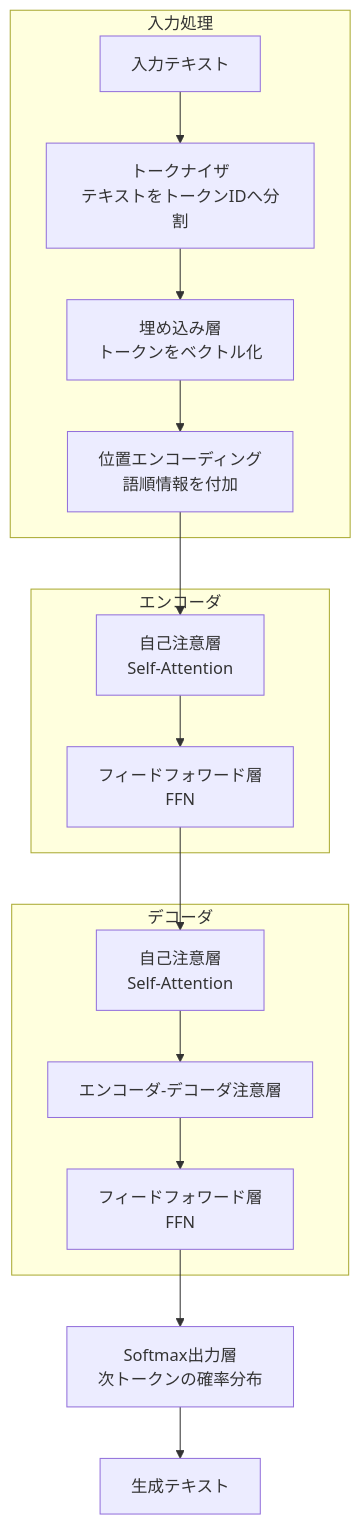
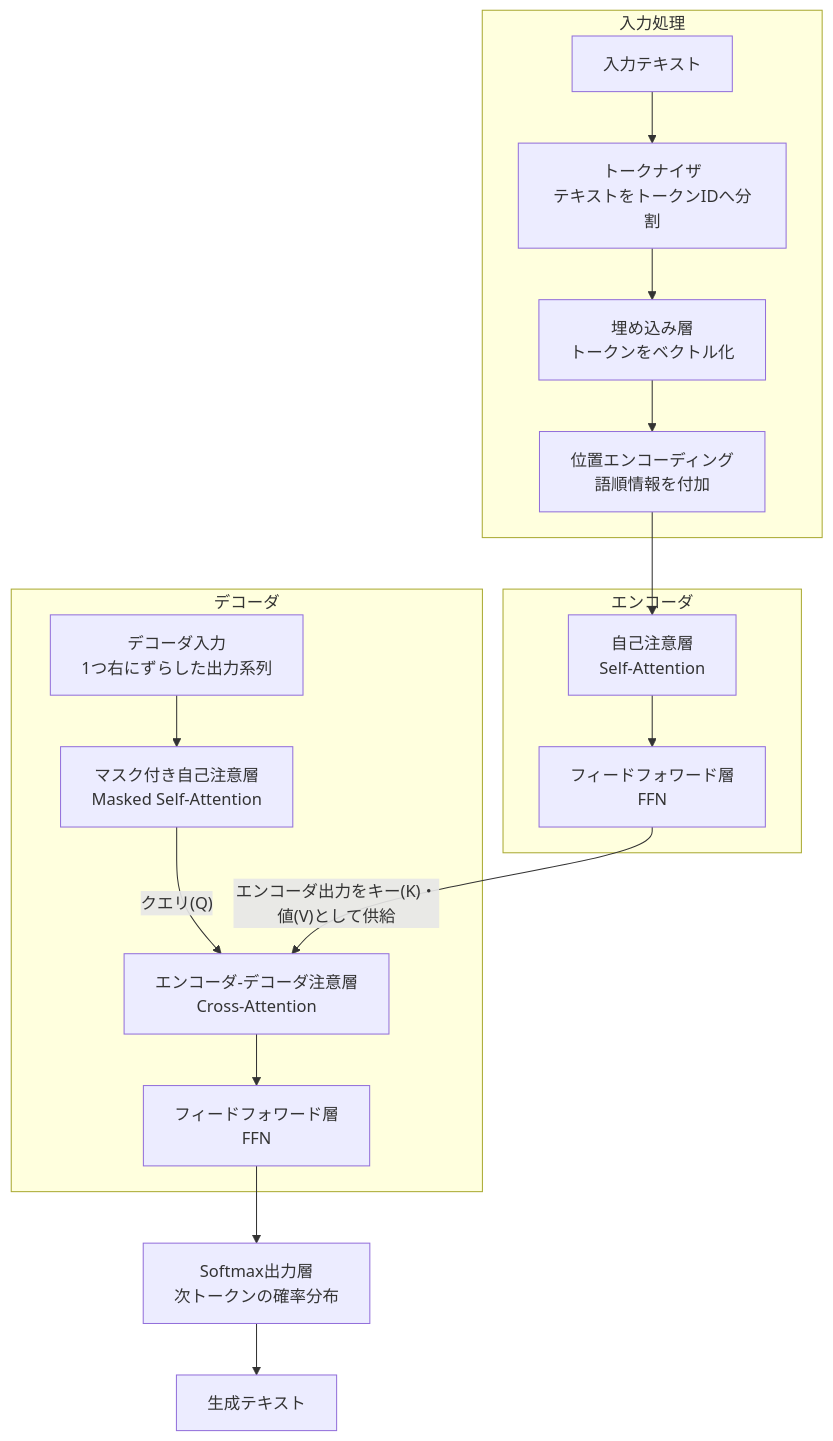
Before and after one commit to myoshi2891/Comparison-of-LLMs: the third of 9 diagrams in Generative-ai-on-aws-guide.md, drawn with Mermaid. The commit also changed other lines of this file and 2 other files, not shown here.

Commit message:
docs(guides): refine diagrams, explanations, and lifecycle notes in AI study guides

````diff
--- a/Generative-ai-on-aws-guide.md
+++ b/Generative-ai-on-aws-guide.md
@@ -183,19 +184,20 @@
 ```mermaid
 flowchart TB
     subgraph INPUT["入力処理"]
         A["入力テキスト"] --> B["トークナイザ<br/>テキストをトークンIDへ分割"]
         B --> C["埋め込み層<br/>トークンをベクトル化"]
         C --> D["位置エンコーディング<br/>語順情報を付加"]
     end
     D --> E
     subgraph ENC["エンコーダ"]
         E["自己注意層<br/>Self-Attention"] --> F["フィードフォワード層<br/>FFN"]
     end
-    F --> G
     subgraph DEC["デコーダ"]
-        G["自己注意層<br/>Self-Attention"] --> H["エンコーダ-デコーダ注意層"]
+        T["デコーダ入力<br/>1つ右にずらした出力系列"] --> G["マスク付き自己注意層<br/>Masked Self-Attention"]
+        G -->|"クエリ(Q)"| H["エンコーダ-デコーダ注意層<br/>Cross-Attention"]
         H --> I["フィードフォワード層<br/>FFN"]
     end
+    F -->|"エンコーダ出力をキー(K)・値(V)として供給"| H
     I --> J["Softmax出力層<br/>次トークンの確率分布"]
     J --> K["生成テキスト"]
 ```
````
